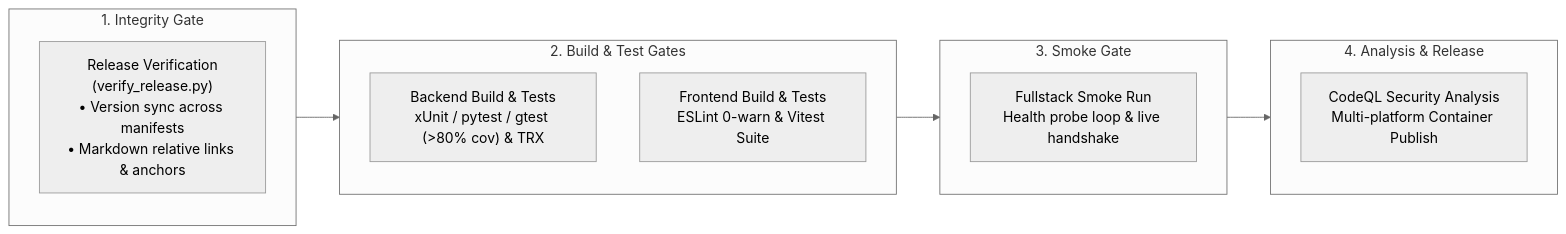
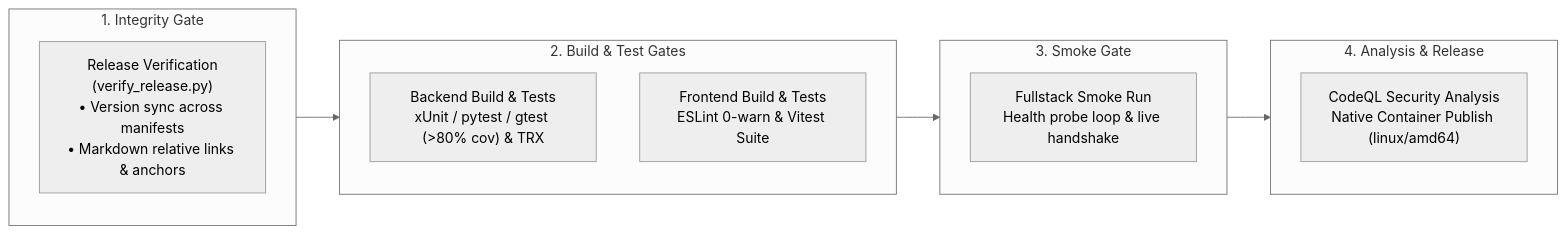
Before and after one commit to spelech/AgenticEngineeringToolbelt: the fourth of 4 diagrams in docs/standards/engineering-style-guide.md, drawn with Mermaid (neutral theme). The commit also changed 12 other files, not shown here.

Commit message:
fix(standards,templates): harmonize .NET 9 versions, CI triggers, and feedback envelope schemas

````diff
--- a/docs/standards/engineering-style-guide.md
+++ b/docs/standards/engineering-style-guide.md
@@ -215,20 +215,20 @@
 ```mermaid
 flowchart LR
     subgraph S1["1. Integrity Gate"]
         G1["Release Verification<br>(verify_release.py)<br>• Version sync across manifests<br>• Markdown relative links & anchors"]
     end
     subgraph S2["2. Build & Test Gates"]
         G2A["Backend Build & Tests<br>xUnit / pytest / gtest (>80% cov) & TRX"]
         G2B["Frontend Build & Tests<br>ESLint 0-warn & Vitest Suite"]
     end
     subgraph S3["3. Smoke Gate"]
         G3["Fullstack Smoke Run<br>Health probe loop & live handshake"]
     end
     subgraph S4["4. Analysis & Release"]
-        G4["CodeQL Security Analysis<br>Multi-platform Container Publish"]
+        G4["CodeQL Security Analysis<br>Native Container Publish (linux/amd64)"]
     end
 
     S1 --> S2
     S2 --> S3
     S3 --> S4
 ```
````
